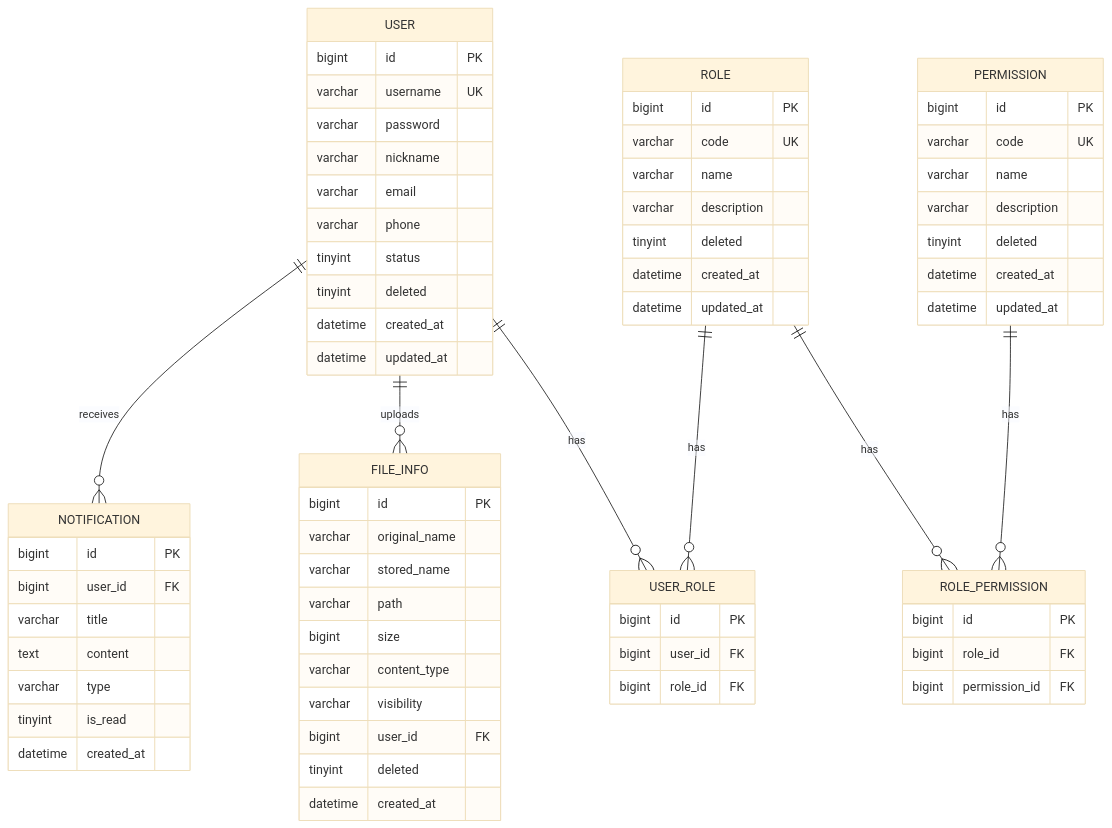
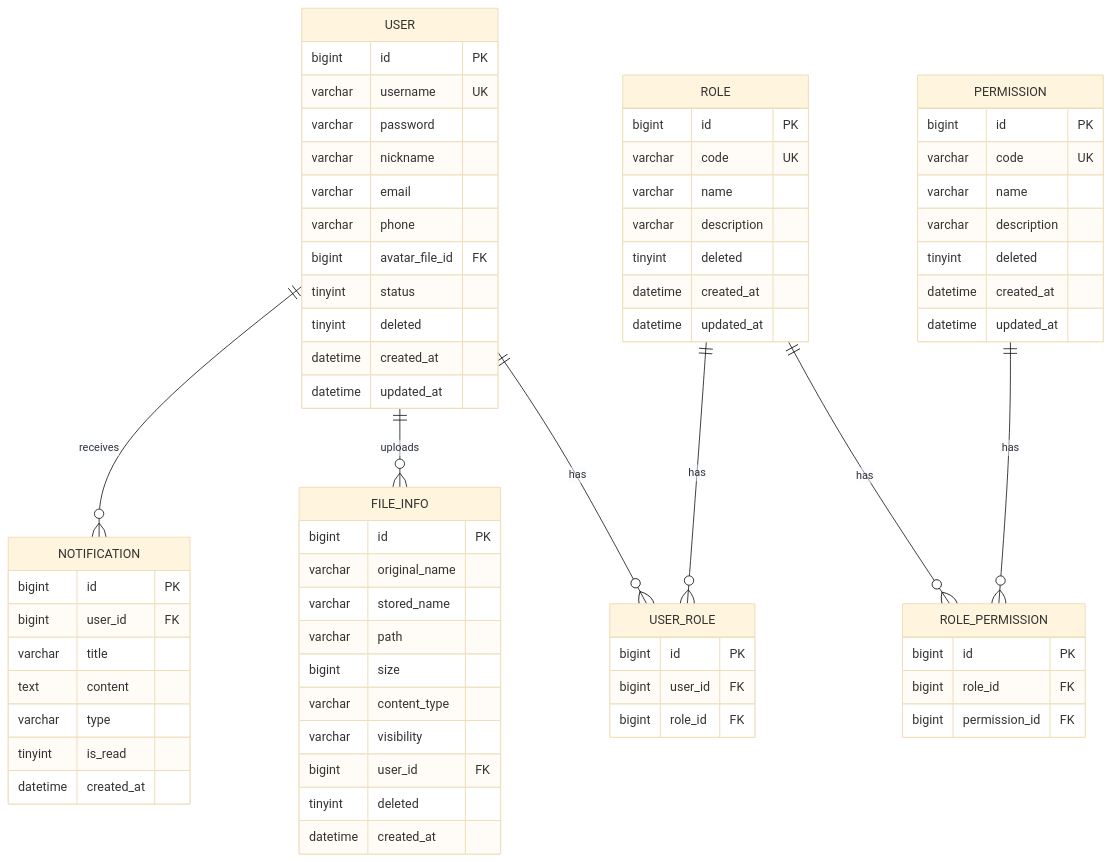
The second of 2 diagrams in .kiro/specs/admin-base/design.md (stefanSalt/12common-care), drawn with Mermaid (base theme) before and after one commit. The commit also changed other lines of this file and 29 other files, not shown here.

````diff
--- a/.kiro/specs/admin-base/design.md
+++ b/.kiro/specs/admin-base/design.md
@@ -414,77 +414,78 @@
 ```mermaid
 erDiagram
     USER ||--o{ USER_ROLE : has
     ROLE ||--o{ USER_ROLE : has
     ROLE ||--o{ ROLE_PERMISSION : has
     PERMISSION ||--o{ ROLE_PERMISSION : has
     USER ||--o{ FILE_INFO : uploads
     USER ||--o{ NOTIFICATION : receives
 
     USER {
         bigint id PK
         varchar username UK
         varchar password
         varchar nickname
         varchar email
         varchar phone
+        bigint avatar_file_id FK
         tinyint status
         tinyint deleted
         datetime created_at
         datetime updated_at
     }
 
     ROLE {
         bigint id PK
         varchar code UK
         varchar name
         varchar description
         tinyint deleted
         datetime created_at
         datetime updated_at
     }
 
     PERMISSION {
         bigint id PK
         varchar code UK
         varchar name
         varchar description
         tinyint deleted
         datetime created_at
         datetime updated_at
     }
 
     USER_ROLE {
         bigint id PK
         bigint user_id FK
         bigint role_id FK
     }
 
     ROLE_PERMISSION {
         bigint id PK
         bigint role_id FK
         bigint permission_id FK
     }
 
     FILE_INFO {
         bigint id PK
         varchar original_name
         varchar stored_name
         varchar path
         bigint size
         varchar content_type
         varchar visibility
         bigint user_id FK
         tinyint deleted
         datetime created_at
     }
 
     NOTIFICATION {
         bigint id PK
         bigint user_id FK
         varchar title
         text content
         varchar type
         tinyint is_read
         datetime created_at
     }
 ```
````
